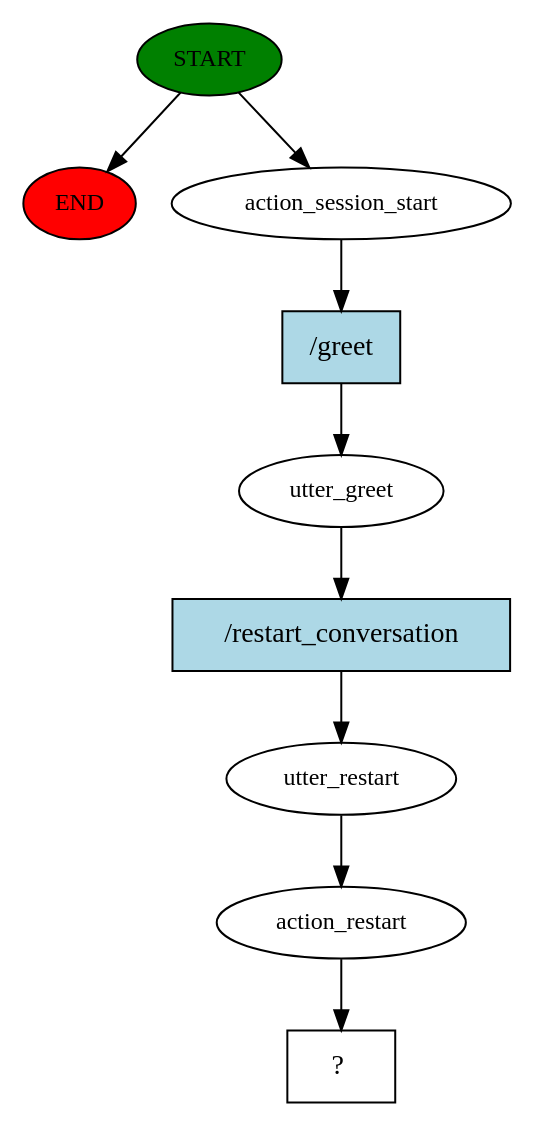
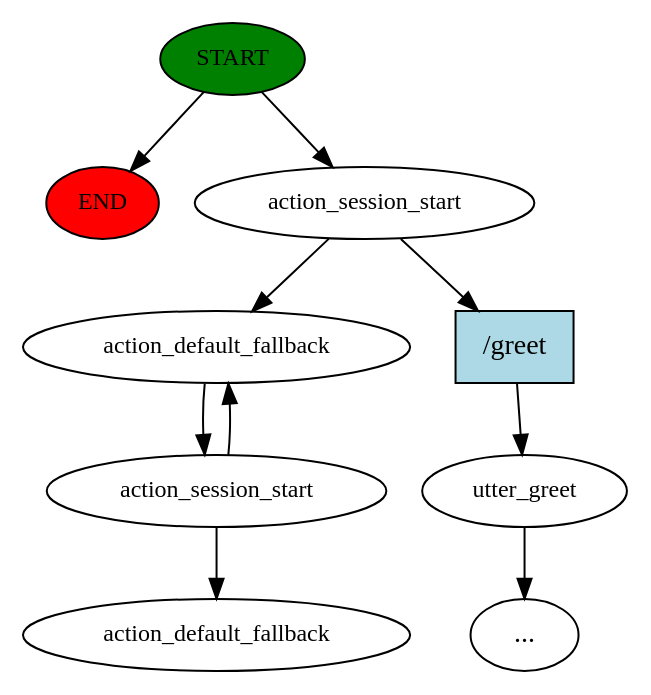
The diagram in FYP/story_graph.dot (hkl19/Rasa-Surveybot1), drawn with Graphviz before and after one commit. The commit also changed 39 other files, not shown here.

```diff
--- a/FYP/story_graph.dot
+++ b/FYP/story_graph.dot
@@ -1,19 +1,20 @@
 digraph  {
 0 [class="start active", fillcolor=green, fontsize=12, label=START, style=filled];
 "-1" [class=end, fillcolor=red, fontsize=12, label=END, style=filled];
 1 [class=active, fontsize=12, label=action_session_start];
-2 [class=active, fontsize=12, label=utter_greet];
-3 [class=active, fontsize=12, label=utter_restart];
-4 [class=active, fontsize=12, label=action_restart];
-5 [class="intent dashed active", label="  ?  ", shape=rect];
-6 [class="intent active", fillcolor=lightblue, label="/greet", shape=rect, style=filled];
-7 [class="intent active", fillcolor=lightblue, label="/restart_conversation", shape=rect, style=filled];
+2 [class="", fontsize=12, label=utter_greet];
+"-3" [class=ellipsis, label="..."];
+4 [class=active, fontsize=12, label=action_default_fallback];
+5 [class=active, fontsize=12, label=action_session_start];
+8 [class="dashed active", fontsize=12, label=action_default_fallback];
+9 [class=intent, fillcolor=lightblue, label="/greet", shape=rect, style=filled];
 0 -> "-1"  [class="", key=NONE, label=""];
 0 -> 1  [class=active, key=NONE, label=""];
-1 -> 6  [class=active, key=0];
-2 -> 7  [class=active, key=0];
-3 -> 4  [class=active, key=NONE, label=""];
+1 -> 4  [class=active, key=NONE, label=""];
+1 -> 9  [class="", key=0];
+2 -> "-3"  [class="", key=NONE, label=""];
 4 -> 5  [class=active, key=NONE, label=""];
-6 -> 2  [class=active, key=0];
-7 -> 3  [class=active, key=0];
+5 -> 4  [class=active, key=NONE, label=""];
+5 -> 8  [class=active, key=NONE, label=""];
+9 -> 2  [class="", key=0];
 }
```
